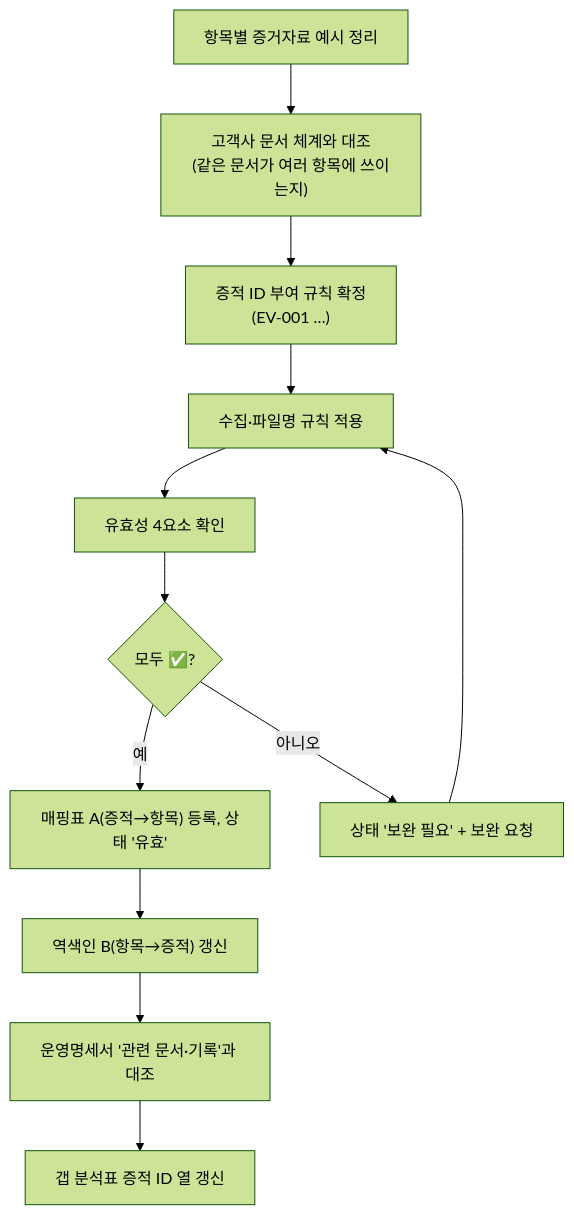
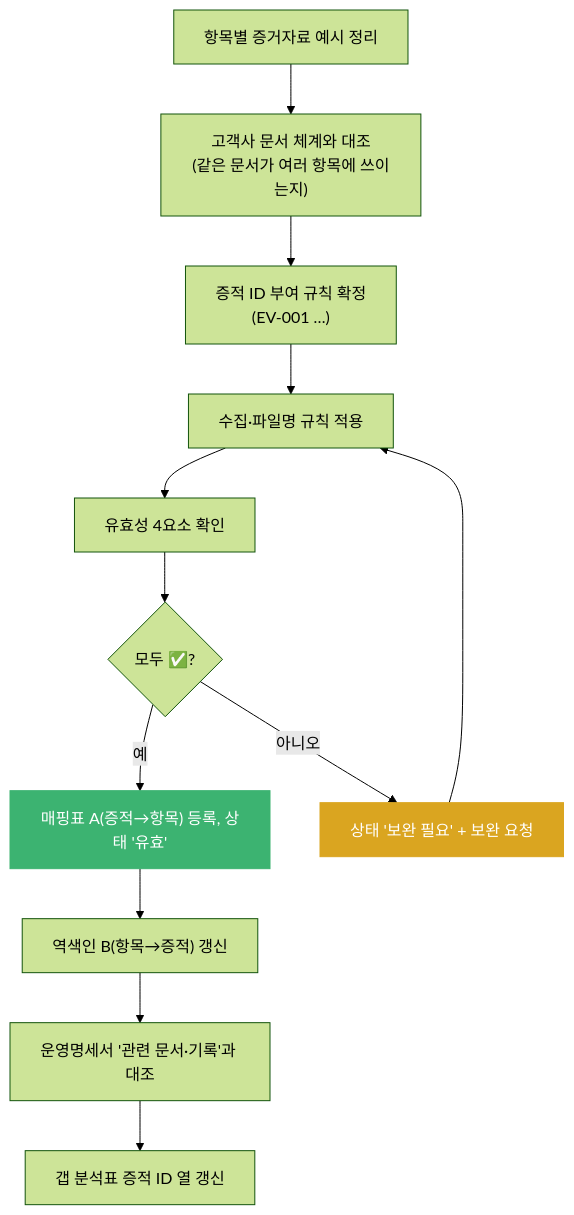
One commit to sinbearr/Advanced_PrivacyStudy changed the second of 3 diagrams in 1_학습_챕터/3주차_ISMS-P/04_증적_수집과_매핑.md. Above: the diagram before and after it, drawn with Mermaid (forest theme). The commit also changed other lines of this file and 5 other files, not shown here.

````diff
--- a/1_학습_챕터/3주차_ISMS-P/04_증적_수집과_매핑.md
+++ b/1_학습_챕터/3주차_ISMS-P/04_증적_수집과_매핑.md
@@ -56,14 +97,18 @@
 ```mermaid
 flowchart TD
     A["항목별 증거자료 예시 정리"] --> B["고객사 문서 체계와 대조<br/>(같은 문서가 여러 항목에 쓰이는지)"]
     B --> C["증적 ID 부여 규칙 확정<br/>(EV-001 …)"]
     C --> D["수집·파일명 규칙 적용"]
     D --> E["유효성 4요소 확인"]
     E --> F{"모두 ✅?"}
     F -->|"예"| G["매핑표 A(증적→항목) 등록, 상태 '유효'"]
     F -->|"아니오"| H["상태 '보완 필요' + 보완 요청"]
     H --> D
     G --> I["역색인 B(항목→증적) 갱신"]
     I --> J["운영명세서 '관련 문서·기록'과 대조"]
     J --> K["갭 분석표 증적 ID 열 갱신"]
+    classDef warn fill:#daa520,stroke:#daa520,color:#fff
+    classDef safe fill:#3cb371,stroke:#3cb371,color:#fff
+    class H warn
+    class G safe
 ```
````
